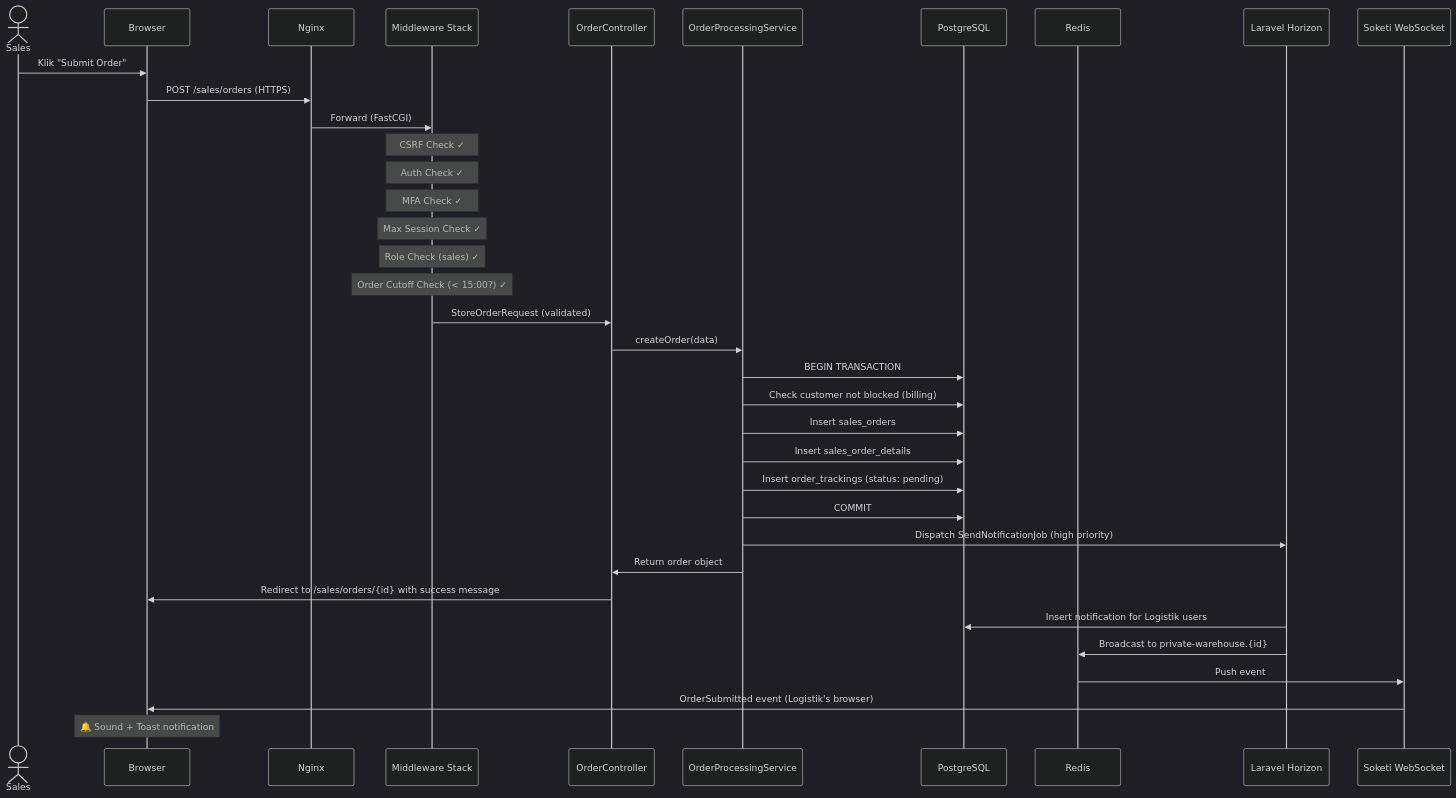
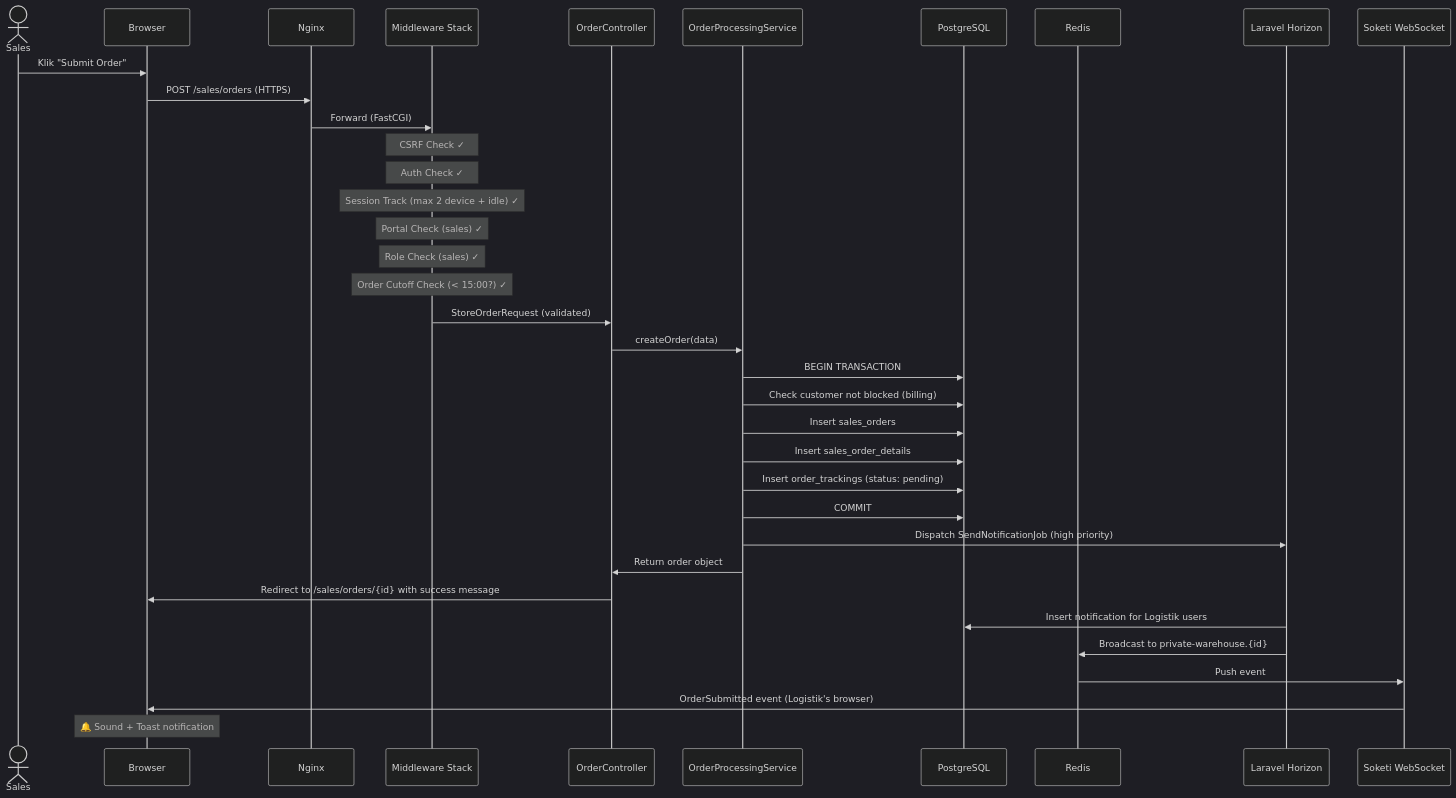
Before and after one commit to alfianmutaqin/berger-wms: the seventh of 7 diagrams in docs/3_system_architecture.md, drawn with Mermaid (dark theme). The commit also changed other lines of this file and 12 other files, not shown here.

````diff
--- a/docs/3_system_architecture.md
+++ b/docs/3_system_architecture.md
@@ -615,45 +608,45 @@
 ```mermaid
 sequenceDiagram
     actor Sales
     participant Browser
     participant Nginx
     participant Middleware as Middleware Stack
     participant Controller as OrderController
     participant Service as OrderProcessingService
     participant DB as PostgreSQL
     participant Redis
     participant Queue as Laravel Horizon
     participant WS as Soketi WebSocket
 
     Sales->>Browser: Klik "Submit Order"
     Browser->>Nginx: POST /sales/orders (HTTPS)
     Nginx->>Middleware: Forward (FastCGI)
     
     Note over Middleware: CSRF Check ✓
     Note over Middleware: Auth Check ✓
-    Note over Middleware: MFA Check ✓
-    Note over Middleware: Max Session Check ✓
+    Note over Middleware: Session Track (max 2 device + idle) ✓
+    Note over Middleware: Portal Check (sales) ✓
     Note over Middleware: Role Check (sales) ✓
     Note over Middleware: Order Cutoff Check (< 15:00?) ✓
     
     Middleware->>Controller: StoreOrderRequest (validated)
     Controller->>Service: createOrder(data)
     
     Service->>DB: BEGIN TRANSACTION
     Service->>DB: Check customer not blocked (billing)
     Service->>DB: Insert sales_orders
     Service->>DB: Insert sales_order_details
     Service->>DB: Insert order_trackings (status: pending)
     Service->>DB: COMMIT
     
     Service->>Queue: Dispatch SendNotificationJob (high priority)
     Service->>Controller: Return order object
     
     Controller->>Browser: Redirect to /sales/orders/{id} with success message
     
     Queue->>DB: Insert notification for Logistik users
     Queue->>Redis: Broadcast to private-warehouse.{id}
     Redis->>WS: Push event
     WS->>Browser: OrderSubmitted event (Logistik's browser)
     Note over Browser: 🔔 Sound + Toast notification
 ```
````
